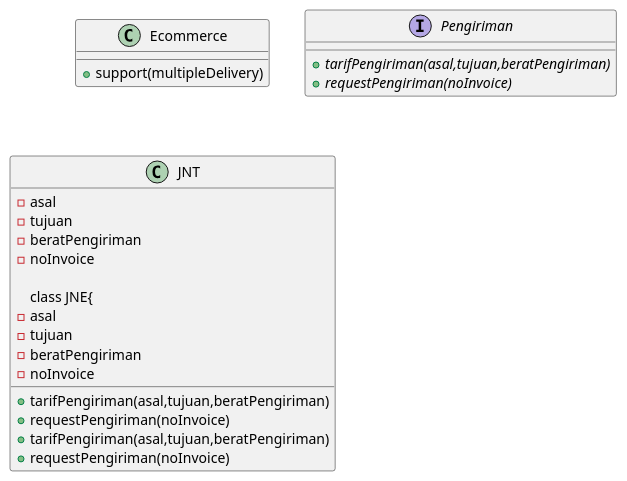
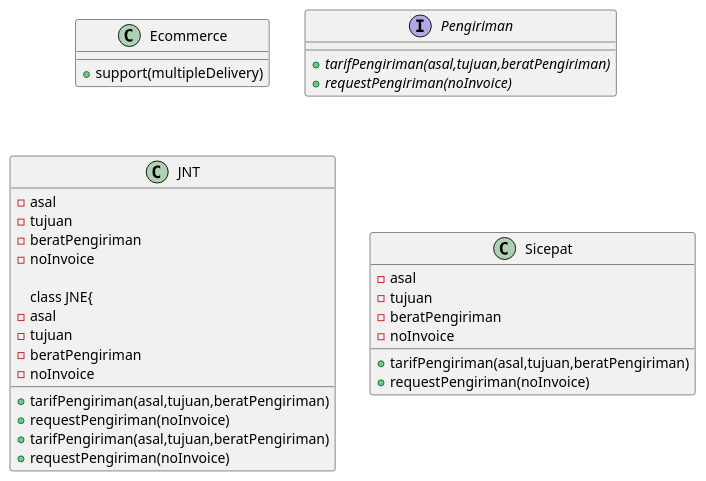
One commit to hidayatmukti/pbpu-b-2022 changed the diagram in Kelompok 1/umlkelompok1.plantuml. Above: the diagram before and after it, drawn with PlantUML.

```diff
--- a/Kelompok 1/umlkelompok1.plantuml
+++ b/Kelompok 1/umlkelompok1.plantuml
@@ -1,30 +1,39 @@
 @startuml
 
     class  Ecommerce {
       +support(multipleDelivery)
     }
 
     interface Pengiriman{
       +{abstract} tarifPengiriman(asal,tujuan,beratPengiriman)
       +{abstract} requestPengiriman(noInvoice)
     }
 
     class JNT {
      -asal
      -tujuan
      -beratPengiriman
      -noInvoice
      +tarifPengiriman(asal,tujuan,beratPengiriman)
      +requestPengiriman(noInvoice)
      
      class JNE{
       -asal
       -tujuan
       -beratPengiriman
       -noInvoice
       +tarifPengiriman(asal,tujuan,beratPengiriman)
       +requestPengiriman(noInvoice)
     }
+    
+    class Sicepat {
+      -asal
+      -tujuan
+      -beratPengiriman
+      -noInvoice
+      +tarifPengiriman(asal,tujuan,beratPengiriman)
+      +requestPengiriman(noInvoice)
+  }
   }
 
 @enduml
```
